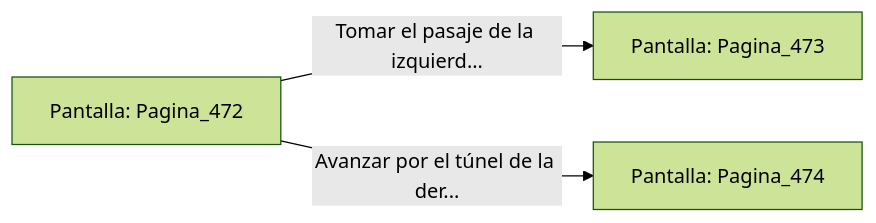
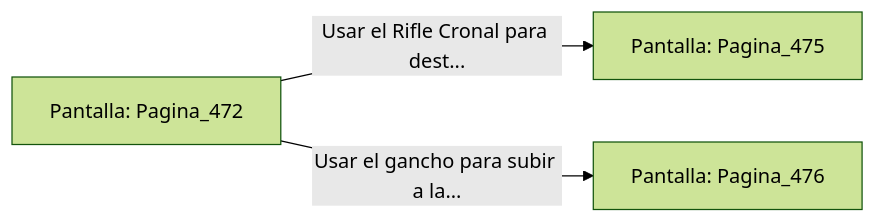
Before and after one commit to metsuke/mpl: the diagram in sample/eligejuego-vault/Pantalla_Pagina_472.md, drawn with Mermaid (forest theme). The commit also changed other lines of this file and 635 other files, not shown here.

First line of the commit message:
fix: añadir Pagina_1 como pantalla inicial en capitulo_01.mpl

````diff
--- a/sample/eligejuego-vault/Pantalla_Pagina_472.md
+++ b/sample/eligejuego-vault/Pantalla_Pagina_472.md
@@ -20,6 +22,6 @@
 ```mermaid
 graph LR
     P_Pagina_472["Pantalla: Pagina_472"]
-    P_Pagina_472 -->|"Tomar el pasaje de la izquierd..."| P_Pagina_473["Pantalla: Pagina_473"]
-    P_Pagina_472 -->|"Avanzar por el túnel de la der..."| P_Pagina_474["Pantalla: Pagina_474"]
+    P_Pagina_472 -->|"Usar el Rifle Cronal para dest..."| P_Pagina_475["Pantalla: Pagina_475"]
+    P_Pagina_472 -->|"Usar el gancho para subir a la..."| P_Pagina_476["Pantalla: Pagina_476"]
 ```
````
